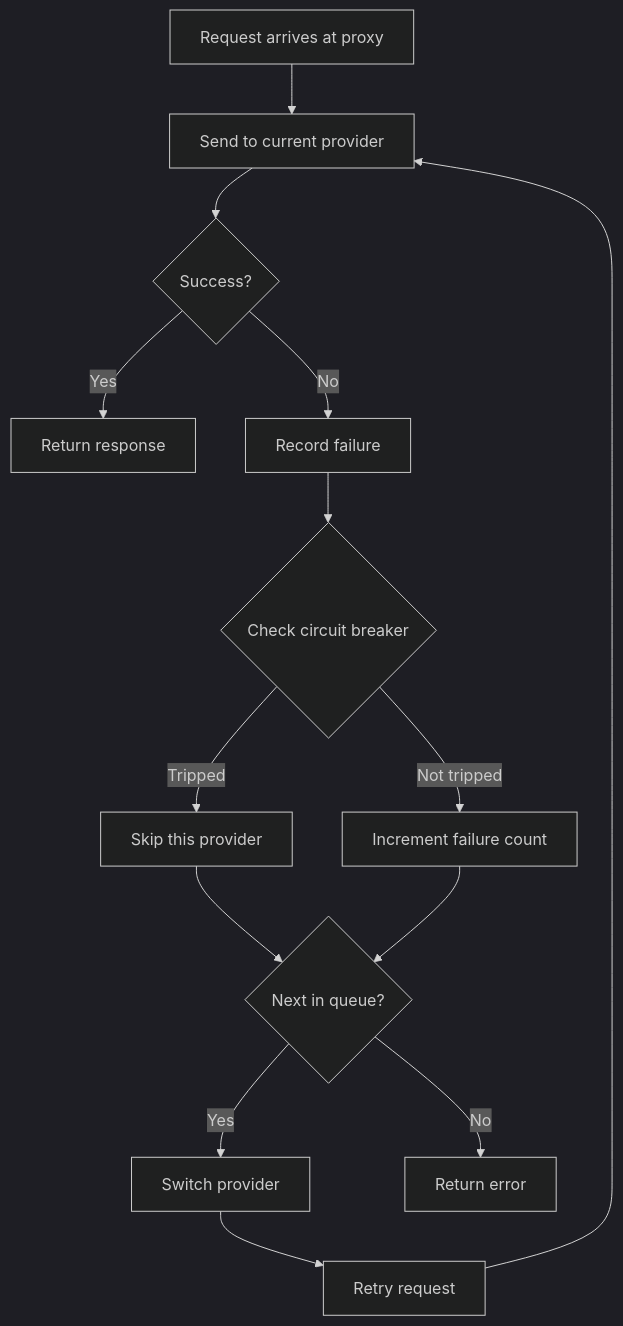
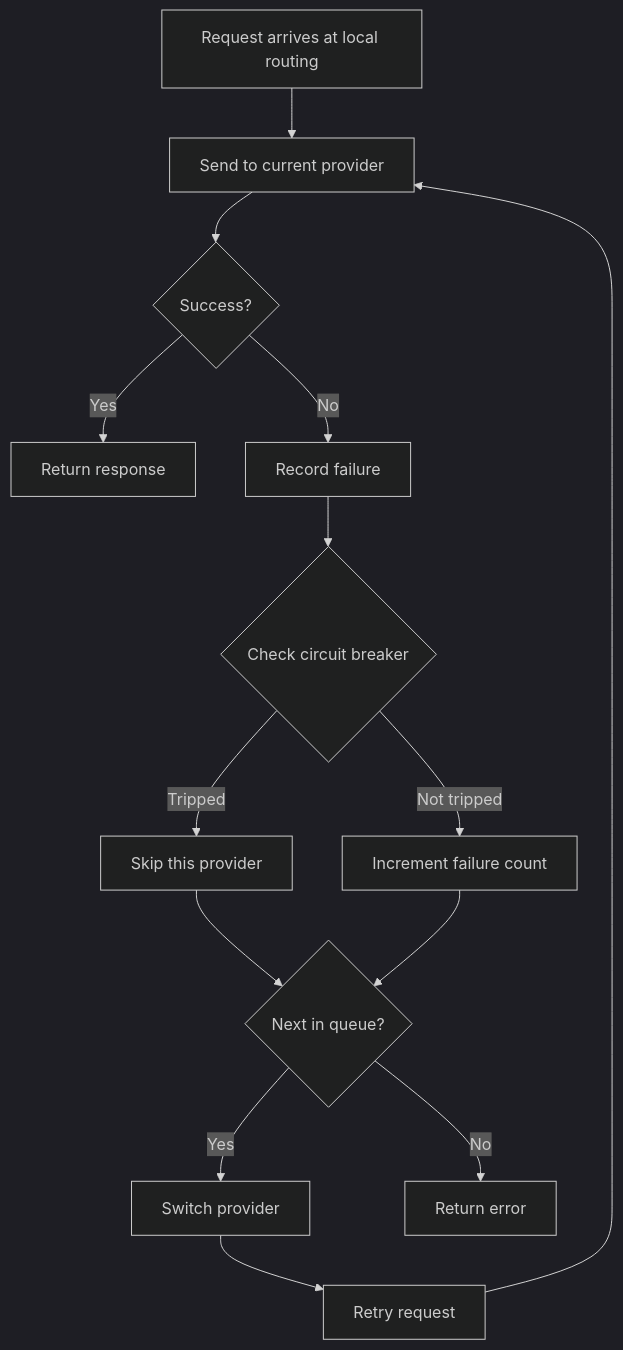
One commit to xue-ding-e/CC-Switch-Next changed the first of 2 diagrams in docs/user-manual/en/4-proxy/4.3-failover.md. Above: the diagram before and after it, drawn with Mermaid (dark theme). The commit also changed other lines of this file and 68 other files, not shown here.

````diff
--- a/docs/user-manual/en/4-proxy/4.3-failover.md
+++ b/docs/user-manual/en/4-proxy/4.3-failover.md
@@ -84,16 +87,16 @@
 ```mermaid
 graph TD
-    Start[Request arrives at proxy] --> Send[Send to current provider]
+    Start[Request arrives at local routing] --> Send[Send to current provider]
     Send --> CheckSuccess{Success?}
     CheckSuccess -- Yes --> Return[Return response]
     CheckSuccess -- No --> LogFail[Record failure]
     LogFail --> CheckCircuit{Check circuit breaker}
     CheckCircuit -- Tripped --> Skip[Skip this provider]
     CheckCircuit -- Not tripped --> IncFail[Increment failure count]
     Skip --> Next{Next in queue?}
     IncFail --> Next
     Next -- Yes --> Switch[Switch provider]
     Switch --> Retry[Retry request]
     Retry --> Send
     Next -- No --> Error[Return error]
 ```
````
